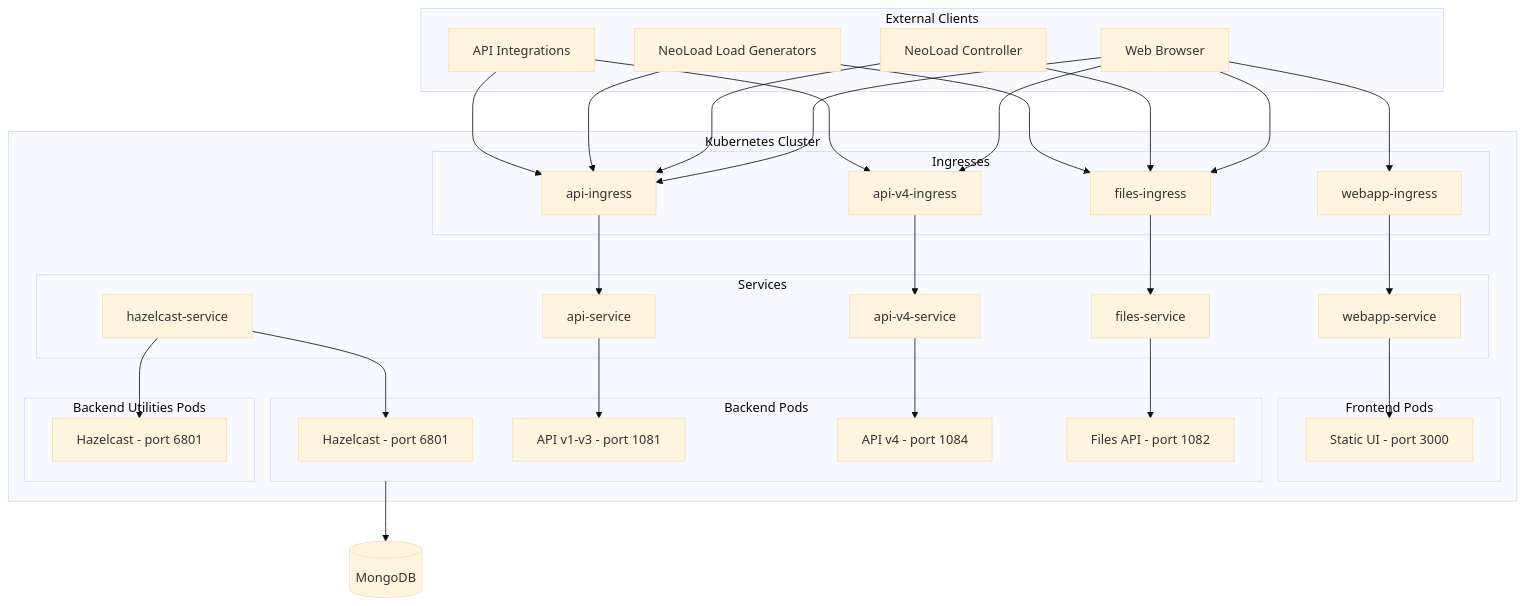
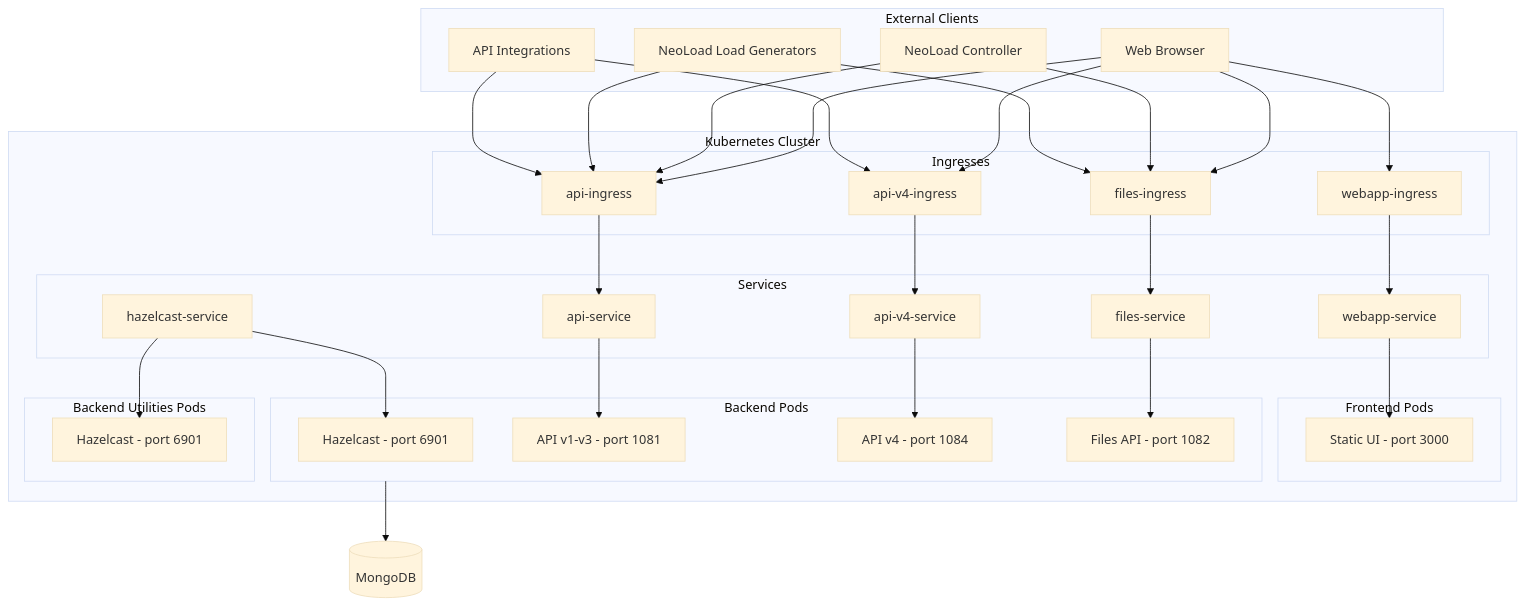
Before and after one commit to Neotys-Labs/helm-neoload-web: the diagram in README.md, drawn with Mermaid (base theme). The commit also changed 4 other files, not shown here.

First line of the commit message:
LOAD-41419: move Hazelcast cluster port from 6801 to 6901.

````diff
--- a/README.md
+++ b/README.md
@@ -205,68 +205,68 @@
 ```mermaid
 flowchart TB
     subgraph clients [External Clients]
         browser[Web Browser]
         controller[NeoLoad Controller]
         lg[NeoLoad Load Generators]
         apiclients[API Integrations]
     end
 
     subgraph k8s [Kubernetes Cluster]
         subgraph ingresses [Ingresses]
             ing_webapp[webapp-ingress]
             ing_api[api-ingress]
             ing_apiv4[api-v4-ingress]
             ing_files[files-ingress]
         end
 
         subgraph services [Services]
             svc_webapp[webapp-service]
             svc_api[api-service]
             svc_apiv4[api-v4-service]
             svc_files[files-service]
             svc_hazelcast[hazelcast-service]
         end
 
         subgraph frontend [Frontend Pods]
             fe[Static UI - port 3000]
         end
 
         subgraph backend [Backend Pods]
-            hz1[Hazelcast - port 6801]
+            hz1[Hazelcast - port 6901]
             api[API v1-v3 - port 1081]
             apiv4[API v4 - port 1084]
             files[Files API - port 1082]
         end
 
         subgraph backendutil [Backend Utilities Pods]
-            hz2[Hazelcast - port 6801]
+            hz2[Hazelcast - port 6901]
         end
     end
 
     mongo[(MongoDB)]
 
     browser --> ing_webapp
     browser --> ing_api
     browser --> ing_apiv4
     browser --> ing_files
     controller --> ing_api
     controller --> ing_files
     lg --> ing_api
     lg --> ing_files
     apiclients --> ing_api
     apiclients --> ing_apiv4
 
     ing_webapp --> svc_webapp
     ing_api --> svc_api
     ing_apiv4 --> svc_apiv4
     ing_files --> svc_files
 
     svc_webapp --> fe
     svc_api --> api
     svc_apiv4 --> apiv4
     svc_files --> files
     svc_hazelcast --> hz1
     svc_hazelcast --> hz2
 
     backend --> mongo
 ```
````
